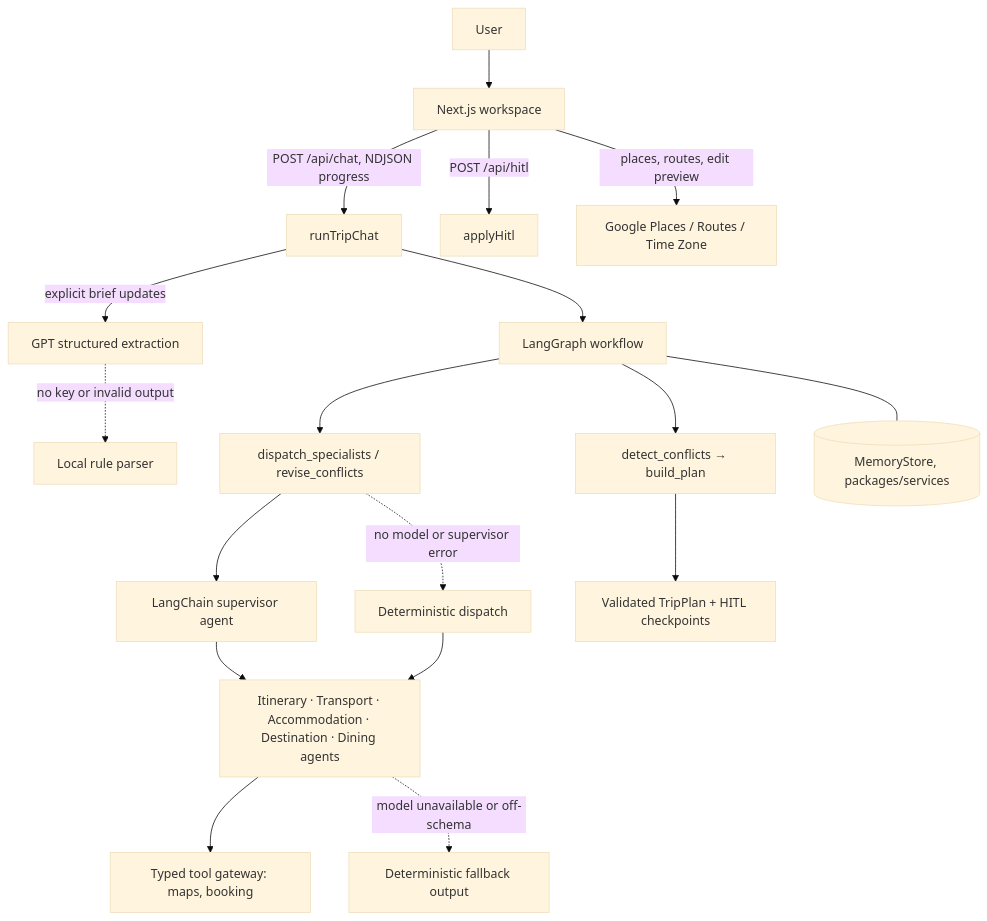
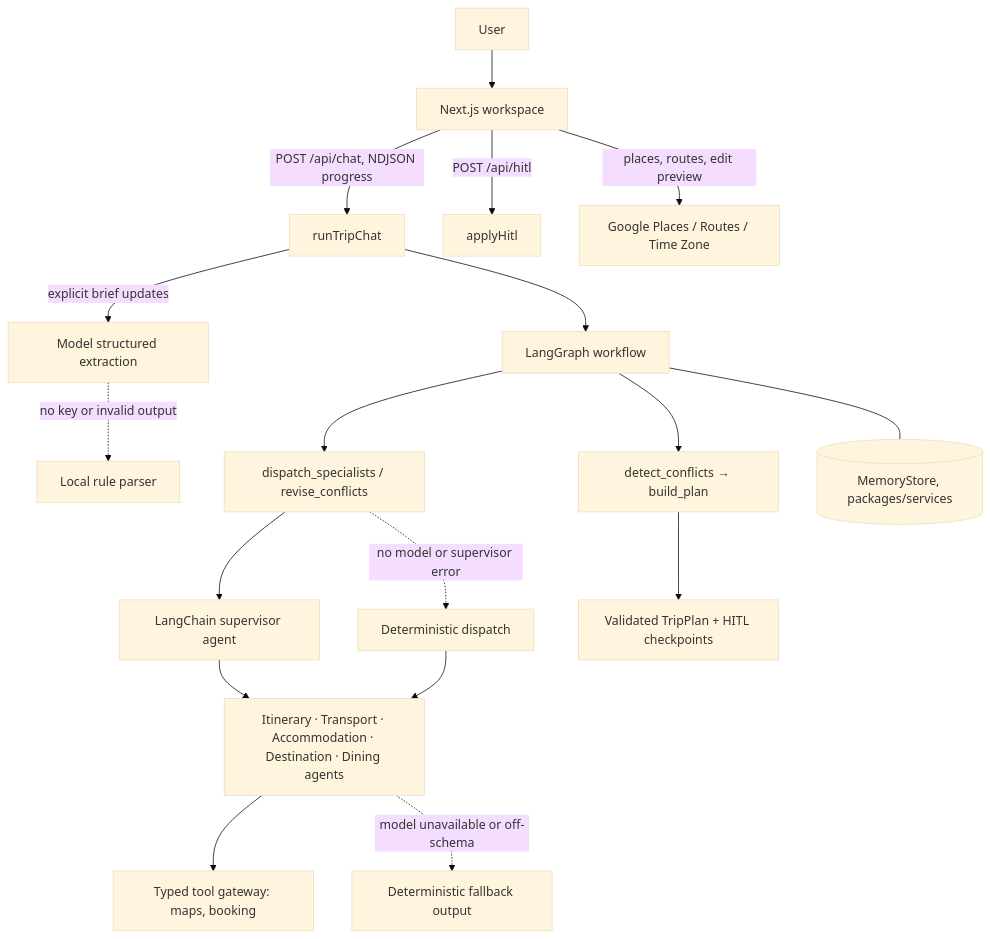
The first of 2 diagrams in docs/architecture.md (HeadmasterEggy/AI_TRIP_PLANNER), drawn with Mermaid (base theme) before and after one commit. The commit also changed other lines of this file and 10 other files, not shown here.

````diff
--- a/docs/architecture.md
+++ b/docs/architecture.md
@@ -8,20 +8,20 @@
 ```mermaid
 flowchart TB
     U[User] --> UI[Next.js workspace]
     UI -->|POST /api/chat, NDJSON progress| CHAT[runTripChat]
-    CHAT -->|explicit brief updates| EX[GPT structured extraction]
+    CHAT -->|explicit brief updates| EX[Model structured extraction]
     EX -.->|no key or invalid output| LP[Local rule parser]
     CHAT --> WF[LangGraph workflow]
     WF --> DISPATCH[dispatch_specialists / revise_conflicts]
     DISPATCH --> SUP[LangChain supervisor agent]
     DISPATCH -.->|no model or supervisor error| DIRECT[Deterministic dispatch]
     SUP --> SPEC[Itinerary · Transport · Accommodation · Destination · Dining agents]
     DIRECT --> SPEC
     SPEC --> TOOLS[Typed tool gateway: maps, booking]
     SPEC -.->|model unavailable or off-schema| FB[Deterministic fallback output]
     WF --> CONF[detect_conflicts → build_plan]
     WF --- MEM[(MemoryStore, packages/services)]
     CONF --> PLAN[Validated TripPlan + HITL checkpoints]
     UI -->|POST /api/hitl| HITL[applyHitl]
     UI -->|places, routes, edit preview| GOOGLE[Google Places / Routes / Time Zone]
 ```
````
